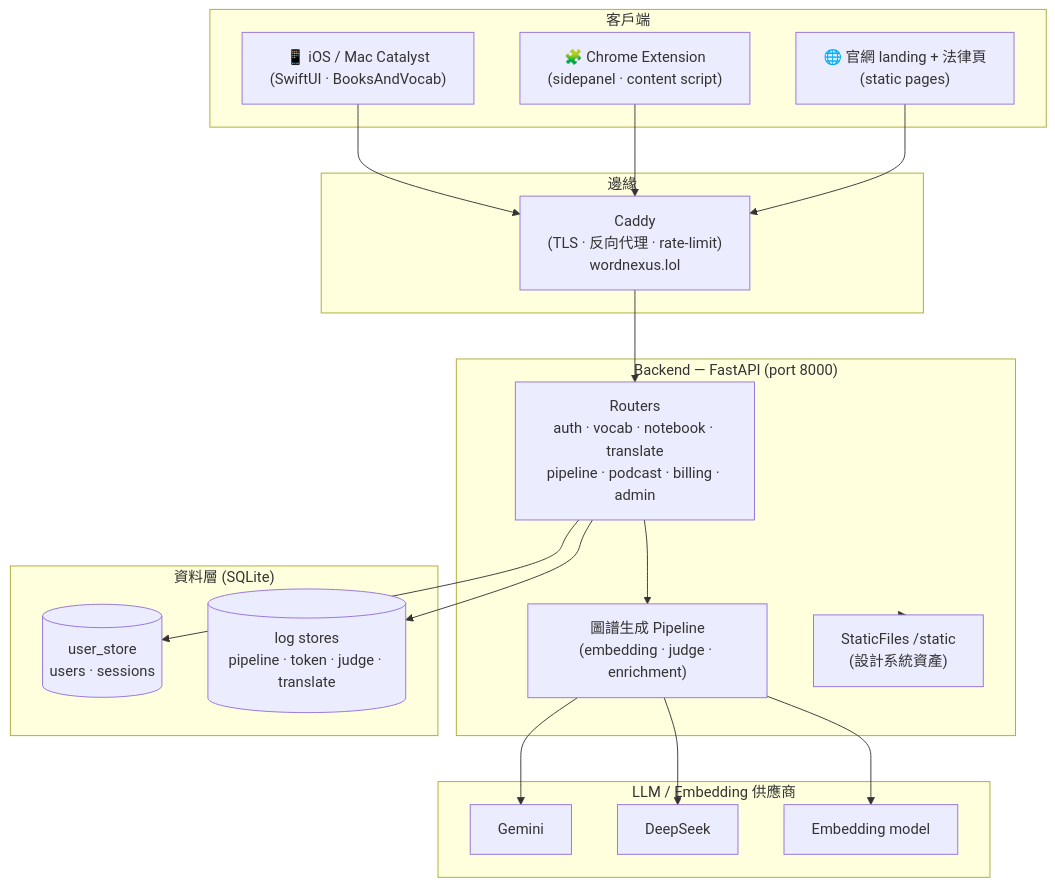
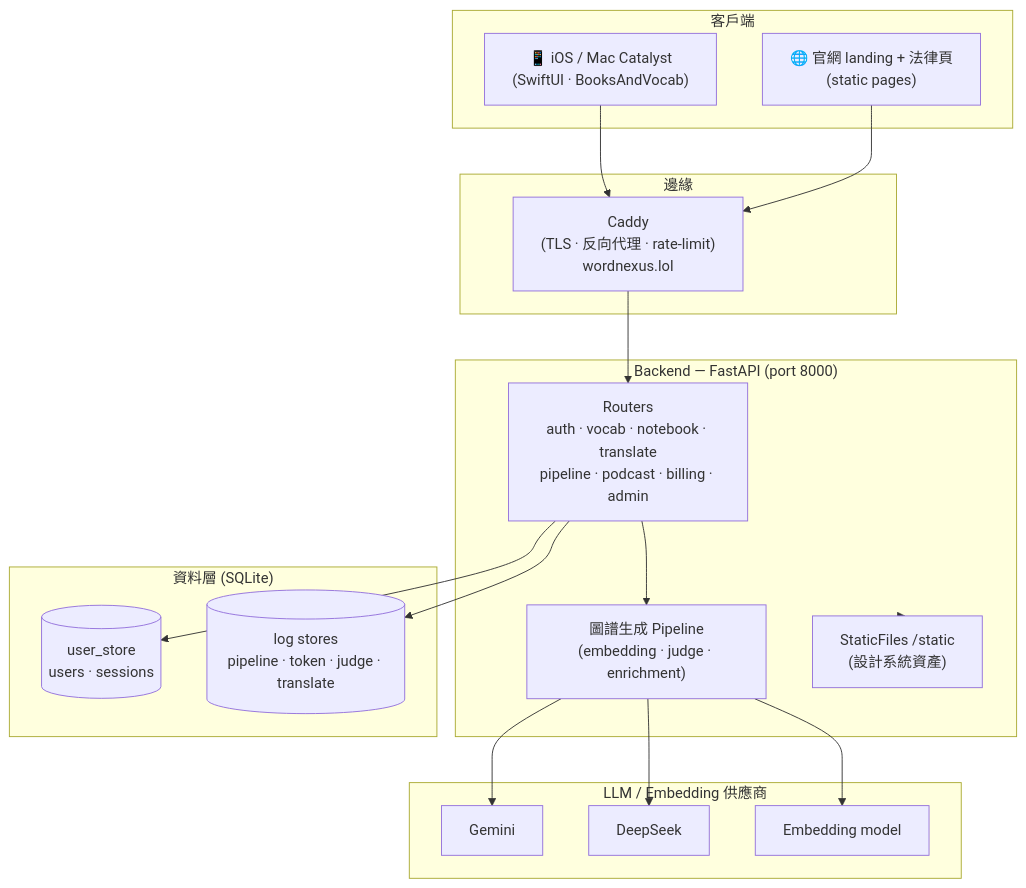
One commit to Books-Vocab/Books-Vocab changed the first of 2 diagrams in README.md. Above: the diagram before and after it, drawn with Mermaid. The commit also changed other lines of this file and 685 other files, not shown here.

First line of the commit message:
ops: 冷凍 web pilot / Chrome extension / web-chrome parity tooling

````diff
--- a/README.md
+++ b/README.md
@@ -13,41 +13,39 @@
 ```mermaid
 flowchart TB
     subgraph Clients["客戶端"]
         iOS["📱 iOS / Mac Catalyst<br/>(SwiftUI · BooksAndVocab)"]
-        Chrome["🧩 Chrome Extension<br/>(sidepanel · content script)"]
         Web["🌐 官網 landing + 法律頁<br/>(static pages)"]
     end
 
     subgraph Edge["邊緣"]
         Caddy["Caddy<br/>(TLS · 反向代理 · rate-limit)<br/>wordnexus.lol"]
     end
 
     subgraph Backend["Backend — FastAPI (port 8000)"]
         Routers["Routers<br/>auth · vocab · notebook · translate<br/>pipeline · podcast · billing · admin"]
         Pipeline["圖譜生成 Pipeline<br/>(embedding · judge · enrichment)"]
         Static["StaticFiles /static<br/>(設計系統資產)"]
     end
 
     subgraph Data["資料層 (SQLite)"]
         UserDB[("user_store<br/>users · sessions")]
         LogDB[("log stores<br/>pipeline · token · judge · translate")]
     end
 
     subgraph LLM["LLM / Embedding 供應商"]
         Gemini["Gemini"]
         DeepSeek["DeepSeek"]
         Embed["Embedding model"]
     end
 
     iOS --> Caddy
-    Chrome --> Caddy
     Web --> Caddy
     Caddy --> Routers
     Routers --> Pipeline
     Routers --> UserDB
     Routers --> LogDB
     Pipeline --> Gemini
     Pipeline --> DeepSeek
     Pipeline --> Embed
     Backend --> Static
 ```
````
